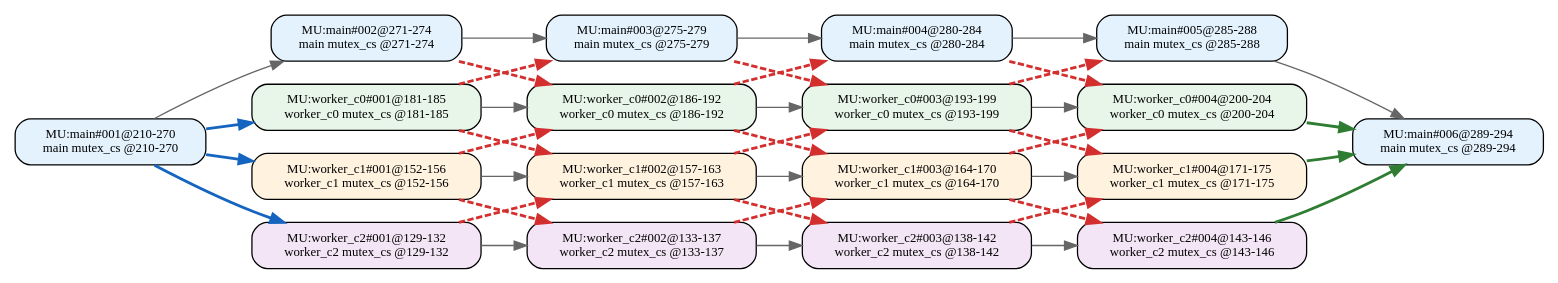
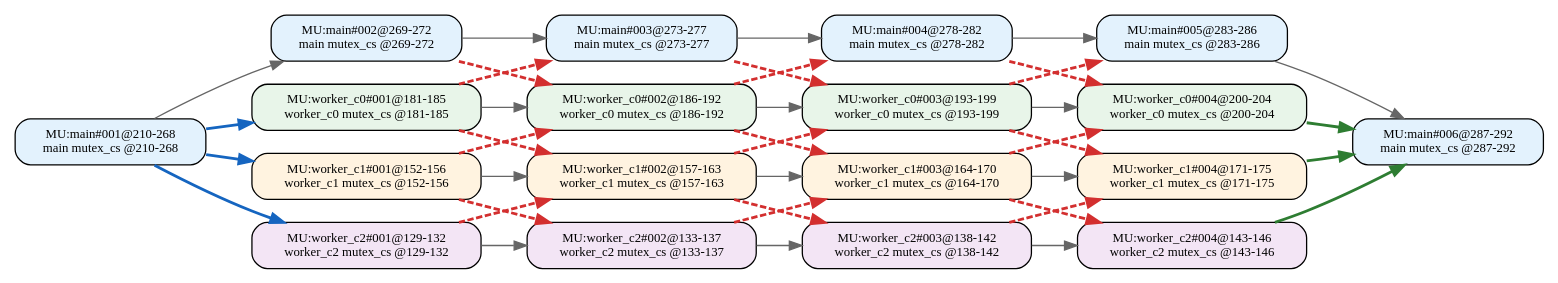
One commit to RTS-SYSU/DAG-Gen changed the diagram in 中间结果/zhang3/pipeline/blocks/level2/effective_line_merge/dag_seg.dot. Above: the diagram before and after it, drawn with Graphviz. The commit also changed 1980 other files, not shown here.

```diff
--- a/中间结果/zhang3/pipeline/blocks/level2/effective_line_merge/dag_seg.dot
+++ b/中间结果/zhang3/pipeline/blocks/level2/effective_line_merge/dag_seg.dot
@@ -1,60 +1,60 @@
 digraph Level2SegDAG {
   rankdir=LR;
   node [shape=box, fontname="Consolas", fontsize=10];
-  "MU:main#001@210-270" [style="rounded,filled", fillcolor="#E3F2FD", label="MU:main#001@210-270\nmain mutex_cs @210-270"];
-  "MU:main#002@271-274" [style="rounded,filled", fillcolor="#E3F2FD", label="MU:main#002@271-274\nmain mutex_cs @271-274"];
-  "MU:main#003@275-279" [style="rounded,filled", fillcolor="#E3F2FD", label="MU:main#003@275-279\nmain mutex_cs @275-279"];
-  "MU:main#004@280-284" [style="rounded,filled", fillcolor="#E3F2FD", label="MU:main#004@280-284\nmain mutex_cs @280-284"];
-  "MU:main#005@285-288" [style="rounded,filled", fillcolor="#E3F2FD", label="MU:main#005@285-288\nmain mutex_cs @285-288"];
-  "MU:main#006@289-294" [style="rounded,filled", fillcolor="#E3F2FD", label="MU:main#006@289-294\nmain mutex_cs @289-294"];
+  "MU:main#001@210-268" [style="rounded,filled", fillcolor="#E3F2FD", label="MU:main#001@210-268\nmain mutex_cs @210-268"];
+  "MU:main#002@269-272" [style="rounded,filled", fillcolor="#E3F2FD", label="MU:main#002@269-272\nmain mutex_cs @269-272"];
+  "MU:main#003@273-277" [style="rounded,filled", fillcolor="#E3F2FD", label="MU:main#003@273-277\nmain mutex_cs @273-277"];
+  "MU:main#004@278-282" [style="rounded,filled", fillcolor="#E3F2FD", label="MU:main#004@278-282\nmain mutex_cs @278-282"];
+  "MU:main#005@283-286" [style="rounded,filled", fillcolor="#E3F2FD", label="MU:main#005@283-286\nmain mutex_cs @283-286"];
+  "MU:main#006@287-292" [style="rounded,filled", fillcolor="#E3F2FD", label="MU:main#006@287-292\nmain mutex_cs @287-292"];
   "MU:worker_c0#001@181-185" [style="rounded,filled", fillcolor="#E8F5E9", label="MU:worker_c0#001@181-185\nworker_c0 mutex_cs @181-185"];
   "MU:worker_c0#002@186-192" [style="rounded,filled", fillcolor="#E8F5E9", label="MU:worker_c0#002@186-192\nworker_c0 mutex_cs @186-192"];
   "MU:worker_c0#003@193-199" [style="rounded,filled", fillcolor="#E8F5E9", label="MU:worker_c0#003@193-199\nworker_c0 mutex_cs @193-199"];
   "MU:worker_c0#004@200-204" [style="rounded,filled", fillcolor="#E8F5E9", label="MU:worker_c0#004@200-204\nworker_c0 mutex_cs @200-204"];
   "MU:worker_c1#001@152-156" [style="rounded,filled", fillcolor="#FFF3E0", label="MU:worker_c1#001@152-156\nworker_c1 mutex_cs @152-156"];
   "MU:worker_c1#002@157-163" [style="rounded,filled", fillcolor="#FFF3E0", label="MU:worker_c1#002@157-163\nworker_c1 mutex_cs @157-163"];
   "MU:worker_c1#003@164-170" [style="rounded,filled", fillcolor="#FFF3E0", label="MU:worker_c1#003@164-170\nworker_c1 mutex_cs @164-170"];
   "MU:worker_c1#004@171-175" [style="rounded,filled", fillcolor="#FFF3E0", label="MU:worker_c1#004@171-175\nworker_c1 mutex_cs @171-175"];
   "MU:worker_c2#001@129-132" [style="rounded,filled", fillcolor="#F3E5F5", label="MU:worker_c2#001@129-132\nworker_c2 mutex_cs @129-132"];
   "MU:worker_c2#002@133-137" [style="rounded,filled", fillcolor="#F3E5F5", label="MU:worker_c2#002@133-137\nworker_c2 mutex_cs @133-137"];
   "MU:worker_c2#003@138-142" [style="rounded,filled", fillcolor="#F3E5F5", label="MU:worker_c2#003@138-142\nworker_c2 mutex_cs @138-142"];
   "MU:worker_c2#004@143-146" [style="rounded,filled", fillcolor="#F3E5F5", label="MU:worker_c2#004@143-146\nworker_c2 mutex_cs @143-146"];
   "MU:worker_c2#001@129-132" -> "MU:worker_c2#002@133-137" [color="#666666", style="solid", penwidth=1.0];
   "MU:worker_c2#002@133-137" -> "MU:worker_c2#003@138-142" [color="#666666", style="solid", penwidth=1.0];
   "MU:worker_c2#003@138-142" -> "MU:worker_c2#004@143-146" [color="#666666", style="solid", penwidth=1.0];
   "MU:worker_c1#001@152-156" -> "MU:worker_c1#002@157-163" [color="#666666", style="solid", penwidth=1.0];
   "MU:worker_c1#002@157-163" -> "MU:worker_c1#003@164-170" [color="#666666", style="solid", penwidth=1.0];
   "MU:worker_c1#003@164-170" -> "MU:worker_c1#004@171-175" [color="#666666", style="solid", penwidth=1.0];
   "MU:worker_c0#001@181-185" -> "MU:worker_c0#002@186-192" [color="#666666", style="solid", penwidth=1.0];
   "MU:worker_c0#002@186-192" -> "MU:worker_c0#003@193-199" [color="#666666", style="solid", penwidth=1.0];
   "MU:worker_c0#003@193-199" -> "MU:worker_c0#004@200-204" [color="#666666", style="solid", penwidth=1.0];
-  "MU:main#001@210-270" -> "MU:main#002@271-274" [color="#666666", style="solid", penwidth=1.0];
-  "MU:main#002@271-274" -> "MU:main#003@275-279" [color="#666666", style="solid", penwidth=1.0];
-  "MU:main#003@275-279" -> "MU:main#004@280-284" [color="#666666", style="solid", penwidth=1.0];
-  "MU:main#004@280-284" -> "MU:main#005@285-288" [color="#666666", style="solid", penwidth=1.0];
-  "MU:main#005@285-288" -> "MU:main#006@289-294" [color="#666666", style="solid", penwidth=1.0];
-  "MU:main#001@210-270" -> "MU:worker_c0#001@181-185" [color="#1565C0", style="solid", penwidth=2.2];
-  "MU:main#001@210-270" -> "MU:worker_c1#001@152-156" [color="#1565C0", style="solid", penwidth=2.2];
-  "MU:main#001@210-270" -> "MU:worker_c2#001@129-132" [color="#1565C0", style="solid", penwidth=2.2];
-  "MU:worker_c0#004@200-204" -> "MU:main#006@289-294" [color="#2E7D32", style="solid", penwidth=2.2];
-  "MU:worker_c1#004@171-175" -> "MU:main#006@289-294" [color="#2E7D32", style="solid", penwidth=2.2];
-  "MU:worker_c2#004@143-146" -> "MU:main#006@289-294" [color="#2E7D32", style="solid", penwidth=2.2];
+  "MU:main#001@210-268" -> "MU:main#002@269-272" [color="#666666", style="solid", penwidth=1.0];
+  "MU:main#002@269-272" -> "MU:main#003@273-277" [color="#666666", style="solid", penwidth=1.0];
+  "MU:main#003@273-277" -> "MU:main#004@278-282" [color="#666666", style="solid", penwidth=1.0];
+  "MU:main#004@278-282" -> "MU:main#005@283-286" [color="#666666", style="solid", penwidth=1.0];
+  "MU:main#005@283-286" -> "MU:main#006@287-292" [color="#666666", style="solid", penwidth=1.0];
+  "MU:main#001@210-268" -> "MU:worker_c0#001@181-185" [color="#1565C0", style="solid", penwidth=2.2];
+  "MU:main#001@210-268" -> "MU:worker_c1#001@152-156" [color="#1565C0", style="solid", penwidth=2.2];
+  "MU:main#001@210-268" -> "MU:worker_c2#001@129-132" [color="#1565C0", style="solid", penwidth=2.2];
+  "MU:worker_c0#004@200-204" -> "MU:main#006@287-292" [color="#2E7D32", style="solid", penwidth=2.2];
+  "MU:worker_c1#004@171-175" -> "MU:main#006@287-292" [color="#2E7D32", style="solid", penwidth=2.2];
+  "MU:worker_c2#004@143-146" -> "MU:main#006@287-292" [color="#2E7D32", style="solid", penwidth=2.2];
   "MU:worker_c2#001@129-132" -> "MU:worker_c1#002@157-163" [color="#D32F2F", style="dashed", penwidth=2.2];
   "MU:worker_c1#001@152-156" -> "MU:worker_c2#002@133-137" [color="#D32F2F", style="dashed", penwidth=2.2];
   "MU:worker_c2#002@133-137" -> "MU:worker_c1#003@164-170" [color="#D32F2F", style="dashed", penwidth=2.2];
   "MU:worker_c1#002@157-163" -> "MU:worker_c2#003@138-142" [color="#D32F2F", style="dashed", penwidth=2.2];
   "MU:worker_c2#003@138-142" -> "MU:worker_c1#004@171-175" [color="#D32F2F", style="dashed", penwidth=2.2];
   "MU:worker_c1#003@164-170" -> "MU:worker_c2#004@143-146" [color="#D32F2F", style="dashed", penwidth=2.2];
   "MU:worker_c1#001@152-156" -> "MU:worker_c0#002@186-192" [color="#D32F2F", style="dashed", penwidth=2.2];
   "MU:worker_c0#001@181-185" -> "MU:worker_c1#002@157-163" [color="#D32F2F", style="dashed", penwidth=2.2];
   "MU:worker_c1#002@157-163" -> "MU:worker_c0#003@193-199" [color="#D32F2F", style="dashed", penwidth=2.2];
   "MU:worker_c0#002@186-192" -> "MU:worker_c1#003@164-170" [color="#D32F2F", style="dashed", penwidth=2.2];
   "MU:worker_c1#003@164-170" -> "MU:worker_c0#004@200-204" [color="#D32F2F", style="dashed", penwidth=2.2];
   "MU:worker_c0#003@193-199" -> "MU:worker_c1#004@171-175" [color="#D32F2F", style="dashed", penwidth=2.2];
-  "MU:worker_c0#001@181-185" -> "MU:main#003@275-279" [color="#D32F2F", style="dashed", penwidth=2.2];
-  "MU:main#002@271-274" -> "MU:worker_c0#002@186-192" [color="#D32F2F", style="dashed", penwidth=2.2];
-  "MU:worker_c0#002@186-192" -> "MU:main#004@280-284" [color="#D32F2F", style="dashed", penwidth=2.2];
-  "MU:main#003@275-279" -> "MU:worker_c0#003@193-199" [color="#D32F2F", style="dashed", penwidth=2.2];
-  "MU:worker_c0#003@193-199" -> "MU:main#005@285-288" [color="#D32F2F", style="dashed", penwidth=2.2];
-  "MU:main#004@280-284" -> "MU:worker_c0#004@200-204" [color="#D32F2F", style="dashed", penwidth=2.2];
+  "MU:worker_c0#001@181-185" -> "MU:main#003@273-277" [color="#D32F2F", style="dashed", penwidth=2.2];
+  "MU:main#002@269-272" -> "MU:worker_c0#002@186-192" [color="#D32F2F", style="dashed", penwidth=2.2];
+  "MU:worker_c0#002@186-192" -> "MU:main#004@278-282" [color="#D32F2F", style="dashed", penwidth=2.2];
+  "MU:main#003@273-277" -> "MU:worker_c0#003@193-199" [color="#D32F2F", style="dashed", penwidth=2.2];
+  "MU:worker_c0#003@193-199" -> "MU:main#005@283-286" [color="#D32F2F", style="dashed", penwidth=2.2];
+  "MU:main#004@278-282" -> "MU:worker_c0#004@200-204" [color="#D32F2F", style="dashed", penwidth=2.2];
 }
```
